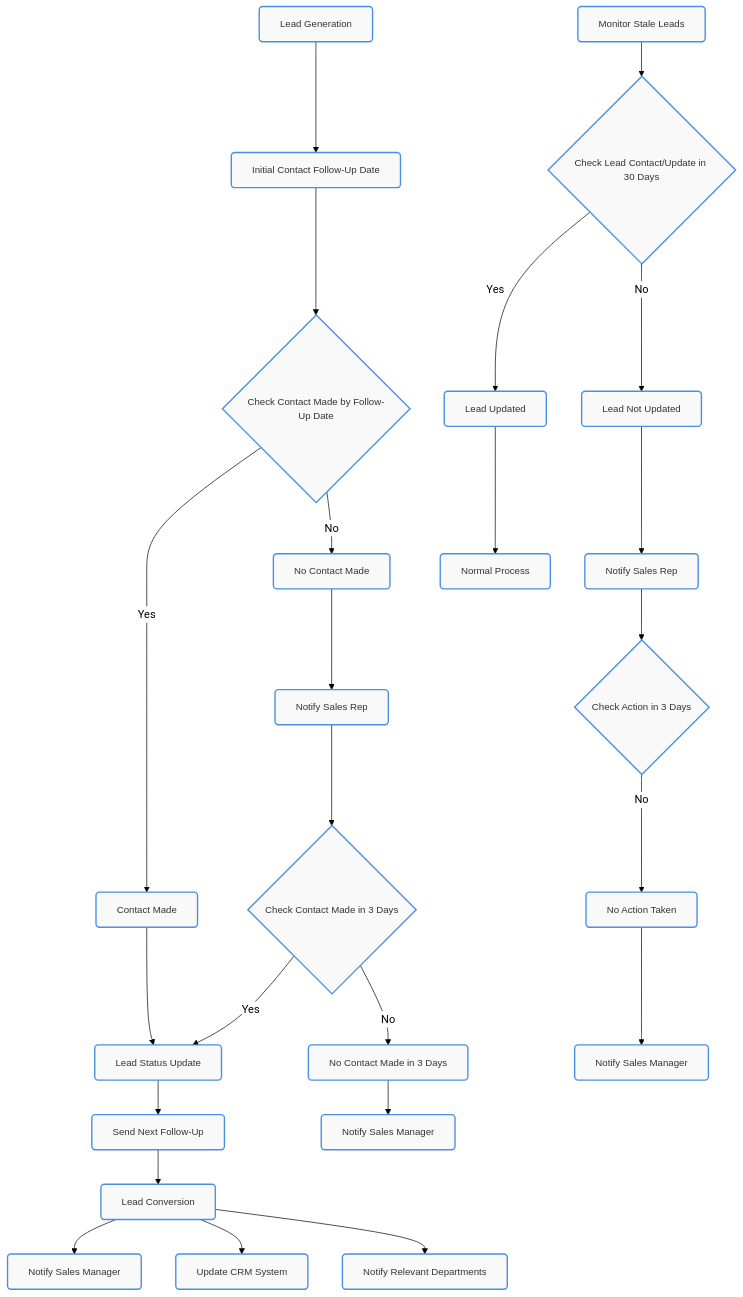
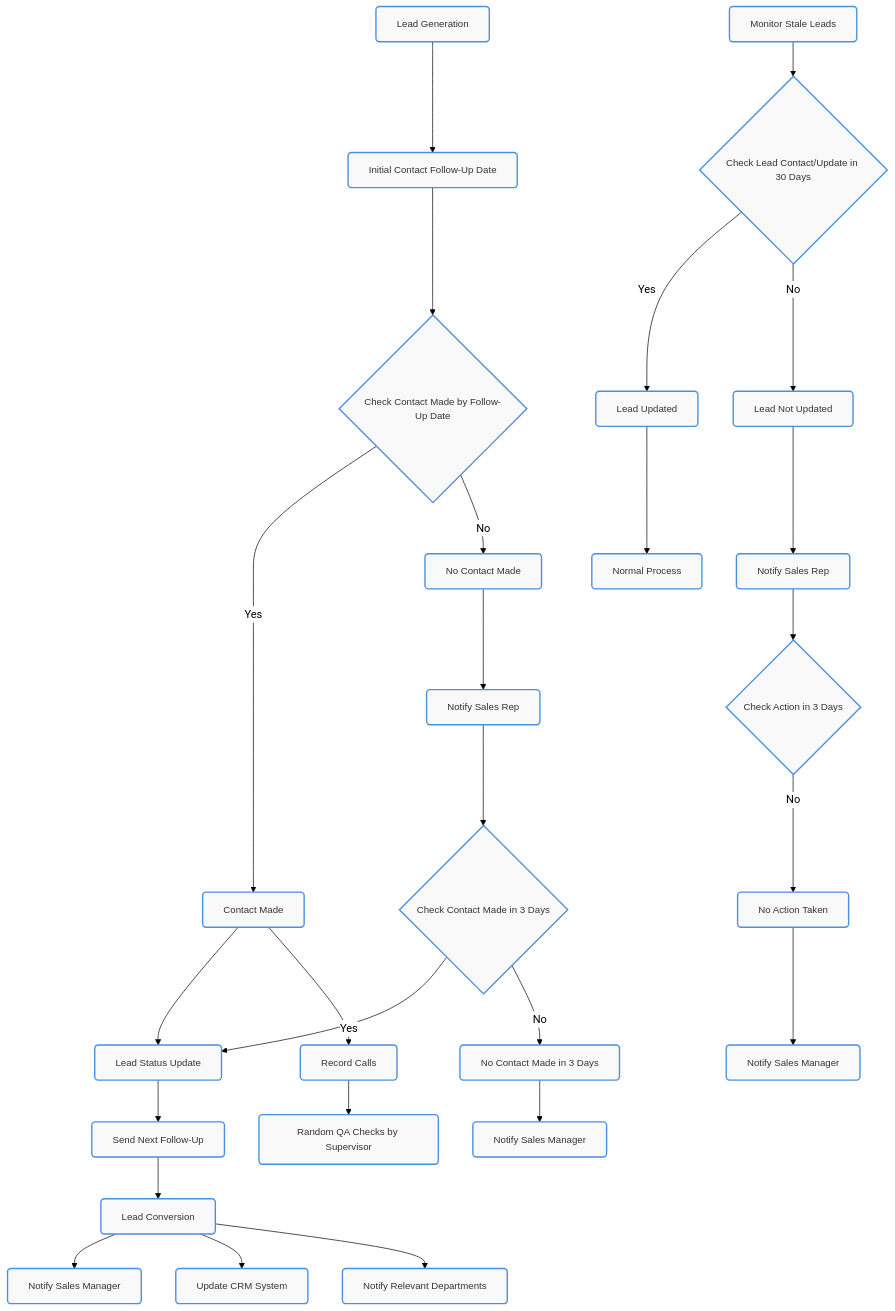
Before and after one commit to TyGrim13/4WinnerFlows: the fifth of 16 diagrams in README.md, drawn with Mermaid.

Commit message:
Update Sales add CALLS to be QA/tracking/recording

````diff
--- a/README.md
+++ b/README.md
@@ -403,61 +403,65 @@
 ```mermaid
 
 %%{init: {'theme': 'forest', 'themeVariables': { 'primaryColor': '#4a90e2', 'edgeLabelBackground': '#ffffff', 'tertiaryColor': '#f4f4f4', 'primaryBorderColor': '#333', 'primaryTextColor': '#333', 'fontFamily': 'Arial'}}}%%
 
 flowchart TD
     classDef default fill:#f9f9f9,stroke:#4a90e2,stroke-width:2px,color:#333,font-family:'Arial',font-size:14px,rx:5,ry:5;
     classDef manager fill:#e3f2fd,stroke:#1e88e5,stroke-width:2px,color:#333,font-family:'Arial',font-size:14px,font-weight:bold,rx:5,ry:5;
     classDef supervisor fill:#c8e6c9,stroke:#43a047,stroke-width:2px,color:#333,font-family:'Arial',font-size:14px,font-weight:bold,rx:5,ry:5;
     classDef team fill:#fff3e0,stroke:#fb8c00,stroke-width:2px,color:#333,font-family:'Arial',font-size:14px,rx:5,ry:5;
     classDef ceo fill:#fff9c4,stroke:#fbc02d,stroke-width:2px,color:#333,font-family:'Arial',font-size:16px,font-weight:bold,rx:5,ry:5;
 
     A1[Lead Generation]
     A2[Initial Contact Follow-Up Date]
     A3{Check Contact Made by Follow-Up Date}
     A3a[Contact Made]
     A3b[No Contact Made]
     A3c[Notify Sales Rep]
     A3d{Check Contact Made in 3 Days}
     A3e[No Contact Made in 3 Days]
     A3f[Notify Sales Manager]
     A4[Lead Status Update]
     A4a[Send Next Follow-Up]
     A4b[Lead Conversion]
     A4c[Notify Sales Manager]
     A4d[Update CRM System]
     A4e[Notify Relevant Departments]
     A5[Monitor Stale Leads]
     A5a{Check Lead Contact/Update in 30 Days}
     A5b[Lead Updated]
     A5c[Normal Process]
     A5d[Lead Not Updated]
     A5e[Notify Sales Rep]
     A5f{Check Action in 3 Days}
     A5g[No Action Taken]
     A5h[Notify Sales Manager]
+    QA1[Record Calls]
+    QA2[Random QA Checks by Supervisor]
 
     A1 --> A2
     A2 --> A3
     A3 -->|Yes| A3a
     A3 -->|No| A3b
     A3a --> A4
     A3b --> A3c
     A3c --> A3d
     A3d -->|Yes| A4
     A3d -->|No| A3e
     A3e --> A3f
     A4 --> A4a
     A4a --> A4b
     A4b --> A4c
     A4b --> A4d
     A4b --> A4e
     A5 --> A5a
     A5a -->|Yes| A5b
     A5a -->|No| A5d
     A5b --> A5c
     A5d --> A5e
     A5e --> A5f
     A5f -->|No| A5g
     A5g --> A5h
+    A3a --> QA1
+    QA1 --> QA2
 
 ```
````
